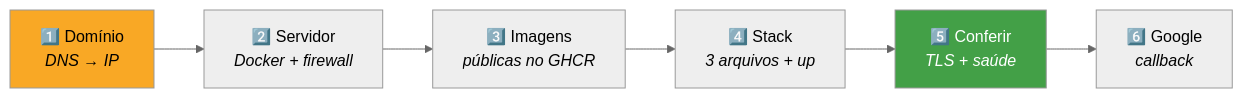
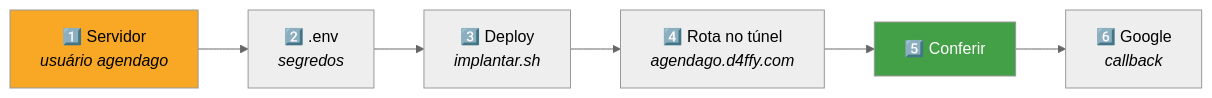
Before and after one commit to caetasousa/agendaGo: the third of 4 diagrams in docs/producao.md, drawn with Mermaid (neutral theme). The commit also changed other lines of this file and 5 other files, not shown here.

First line of the commit message:
docs: documenta o servidor no WSL e o deploy sem esteira

````diff
--- a/docs/producao.md
+++ b/docs/producao.md
@@ -105,11 +142,11 @@
 ```mermaid
 flowchart LR
-    F1["1️⃣ Domínio<br/><i>DNS → IP</i>"] --> F2["2️⃣ Servidor<br/><i>Docker + firewall</i>"]
-    F2 --> F3["3️⃣ Imagens<br/><i>públicas no GHCR</i>"]
-    F3 --> F4["4️⃣ Stack<br/><i>3 arquivos + up</i>"]
-    F4 --> F5["5️⃣ Conferir<br/><i>TLS + saúde</i>"]
+    F1["1️⃣ Servidor<br/><i>usuário agendago</i>"] --> F2["2️⃣ .env<br/><i>segredos</i>"]
+    F2 --> F3["3️⃣ Deploy<br/><i>implantar.sh</i>"]
+    F3 --> F4["4️⃣ Rota no túnel<br/><i>agendago.d4ffy.com</i>"]
+    F4 --> F5["5️⃣ Conferir"]
     F5 --> F6["6️⃣ Google<br/><i>callback</i>"]
 
     style F1 fill:#f9a825,color:#000
     style F5 fill:#43a047,color:#fff
 ```
````
